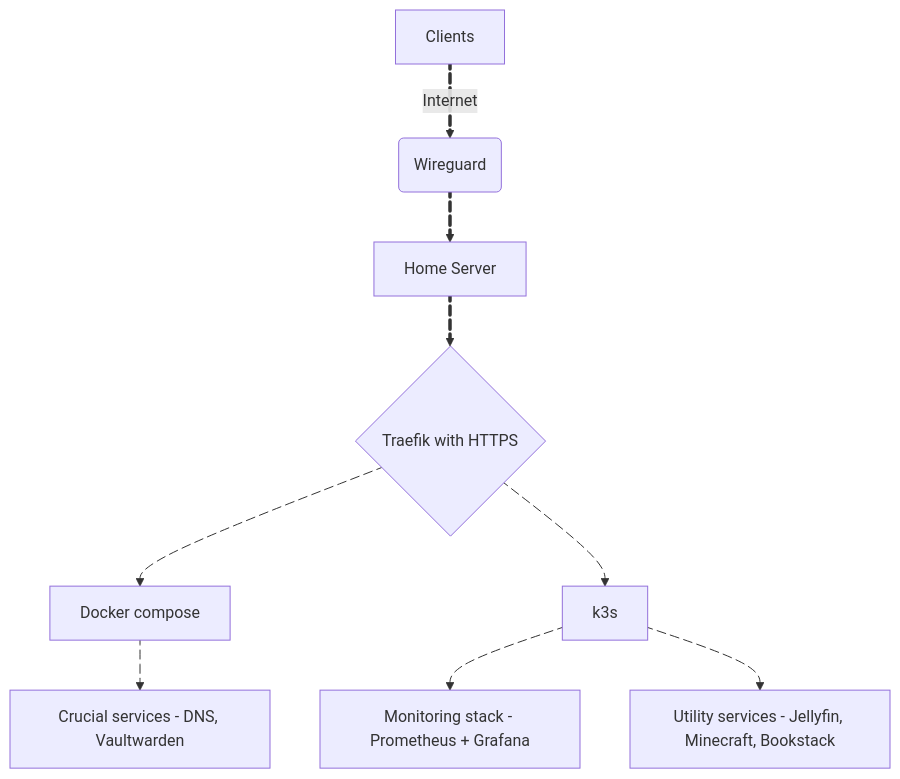
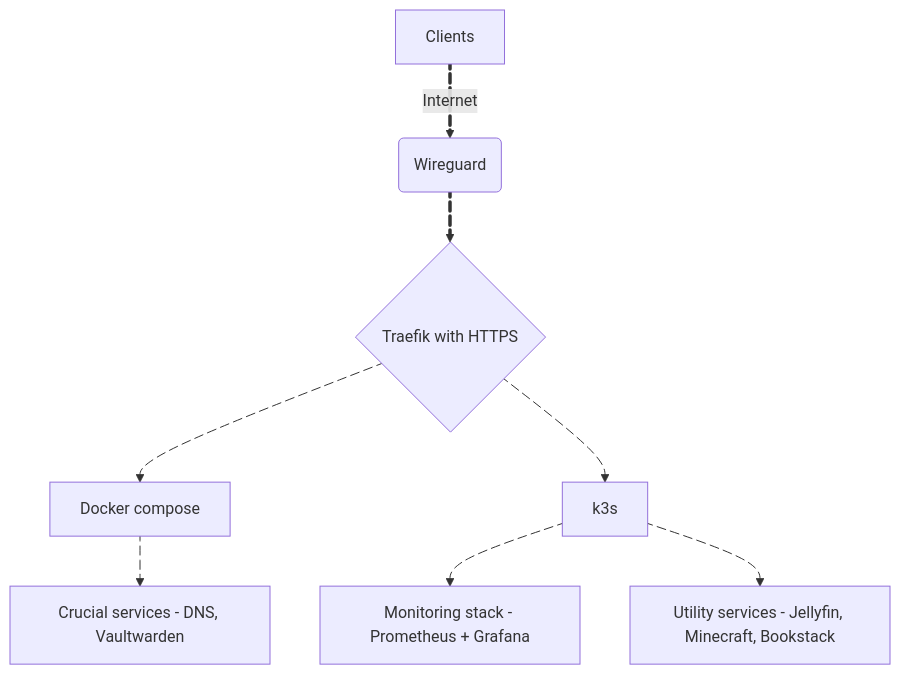
Before and after one commit to D-e-v-o-r-a-n/MigrationProject: the second of 2 diagrams in README.md, drawn with Mermaid. The commit also changed other lines of this file, not shown here.

Commit message:
Changing charts logic

````diff
--- a/README.md
+++ b/README.md
@@ -64,23 +62,21 @@
 ```mermaid
 flowchart TD
     A[Clients] e1@==>|Internet| B(Wireguard)
-    B e2@==> C[Home Server]
-    C e3@==> D{Traefik with HTTPS}
+    B e3@==> D{Traefik with HTTPS}
     D e4@--> E[Docker compose]
     E e5@--> G[Crucial services - DNS, Vaultwarden]
     D e6@--> F[k3s]
     F e7@--> H[Monitoring stack - Prometheus + Grafana]
     F e8@--> I[Utility services - Jellyfin, Minecraft, Bookstack]
 
 
   e1@{ animate: yeah }
-  e2@{ animate: yeah }
   e3@{ animate: yeah }
   e4@{ animate: yeah }
   e5@{ animate: yeah }
   e6@{ animate: yeah }
   e7@{ animate: yeah }
   e8@{ animate: yeah }
   e6@{ animate: yeah }
 
 ```
````
